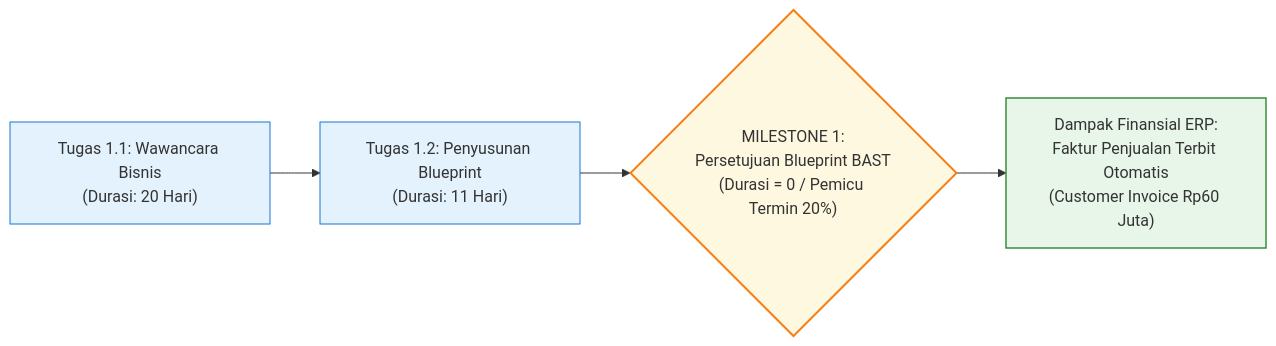
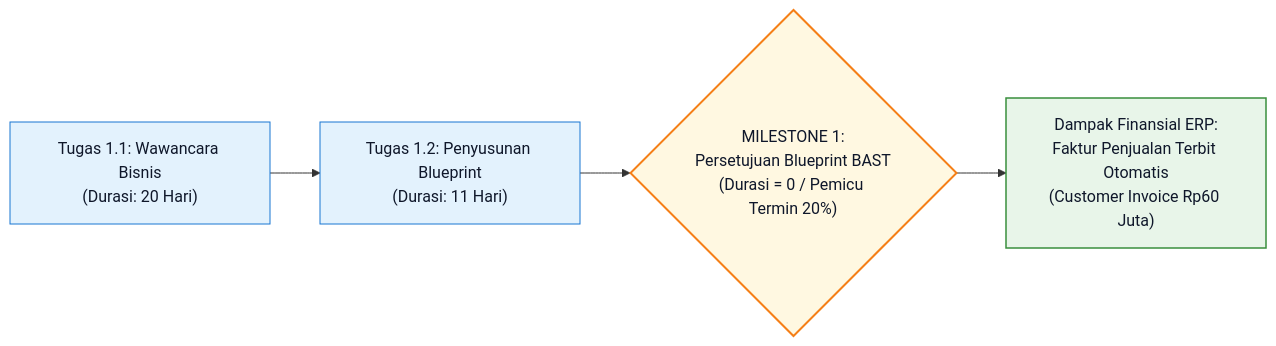
Before and after one commit to alimurrofid/erp-notes: the first of 4 diagrams in content/09-project/project-task-and-milestone.md, drawn with Mermaid. The commit also changed 15 other files, not shown here.

Commit message:
fix(content):Mermaid classDef darkmode text color

````diff
--- a/content/09-project/project-task-and-milestone.md
+++ b/content/09-project/project-task-and-milestone.md
@@ -10,19 +10,19 @@
 ```mermaid
 flowchart LR
     T1["Tugas 1.1: Wawancara Bisnis<br/>(Durasi: 20 Hari)"]
     T2["Tugas 1.2: Penyusunan Blueprint<br/>(Durasi: 11 Hari)"]
     
     M1{"MILESTONE 1:<br/>Persetujuan Blueprint BAST<br/>(Durasi = 0 / Pemicu Termin 20%)"}
     
     Inv["Dampak Finansial ERP:<br/>Faktur Penjualan Terbit Otomatis<br/>(Customer Invoice Rp60 Juta)"]
 
     T1 --> T2 --> M1 --> Inv
 
-    classDef task fill:#e3f2fd,stroke:#1976d2,stroke-width:1px;
-    classDef milestone fill:#fff8e1,stroke:#f57f17,stroke-width:2px;
-    classDef finance fill:#e8f5e9,stroke:#388e3c,stroke-width:1.5px;
+    classDef task fill:#e3f2fd,stroke:#1976d2,stroke-width:1px,color:#0f172a;
+    classDef milestone fill:#fff8e1,stroke:#f57f17,stroke-width:2px,color:#0f172a;
+    classDef finance fill:#e8f5e9,stroke:#388e3c,stroke-width:1.5px,color:#0f172a;
 
     class T1,T2 task;
     class M1 milestone;
     class Inv finance;
 ```
````
